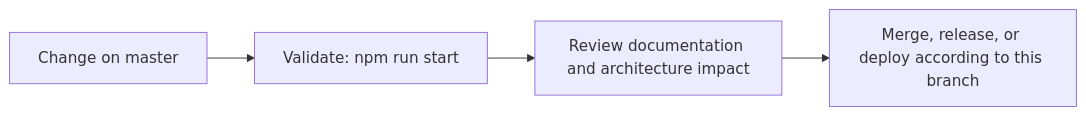
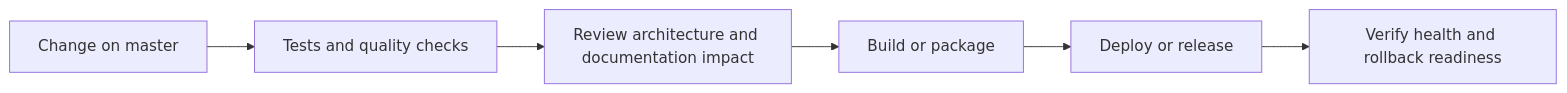
One commit to Nischhalsubba/wp_Theme_Ronal changed the fourth of 5 diagrams in README.md. Above: the diagram before and after it, drawn with Mermaid. The commit also changed other lines of this file, not shown here.

````diff
--- a/README.md
+++ b/README.md
@@ -71,8 +145,8 @@
 ```mermaid
 flowchart LR
-    CHANGE["Change on master"]
-    CHECK["Validate: npm run start"]
-    REVIEW["Review documentation and architecture impact"]
-    RELEASE["Merge, release, or deploy according to this branch"]
-    CHANGE --> CHECK --> REVIEW --> RELEASE
+    CHANGE["Change on master"] --> CHECK["Tests and quality checks"]
+    CHECK --> REVIEW["Review architecture and documentation impact"]
+    REVIEW --> BUILD["Build or package"]
+    BUILD --> DEPLOY["Deploy or release"]
+    DEPLOY --> VERIFY["Verify health and rollback readiness"]
 ```
````
